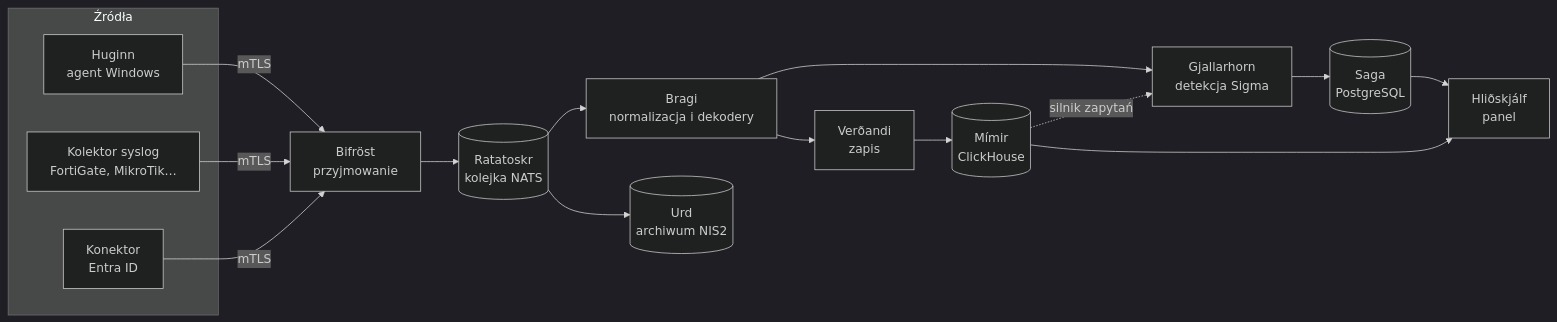
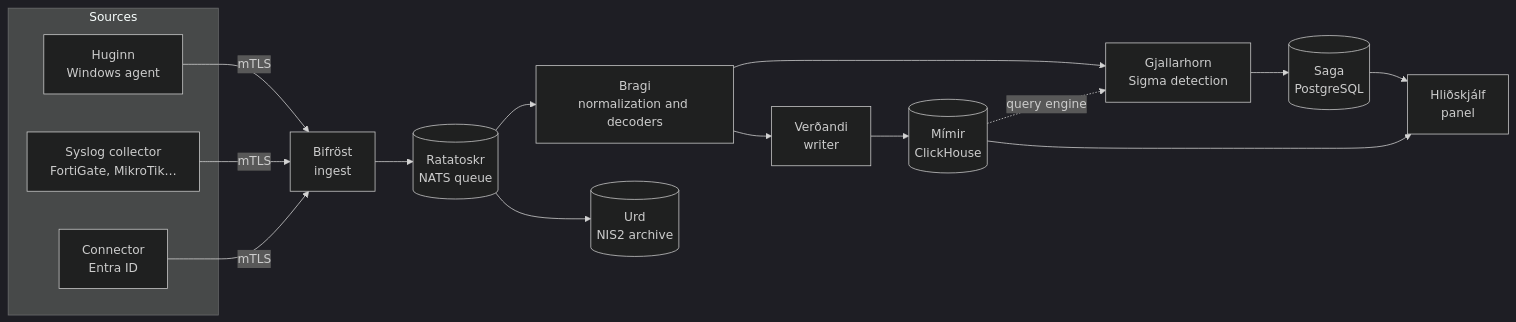
The diagram in README.md (Azujo/Vardr), drawn with Mermaid (dark theme) before and after one commit. The commit also changed other lines of this file and 353 other files, not shown here.

````diff
--- a/README.md
+++ b/README.md
@@ -59,18 +61,18 @@
 ```mermaid
 flowchart LR
-  subgraph Źródła
-    A["Huginn<br/>agent Windows"]
-    C["Kolektor syslog<br/>FortiGate, MikroTik…"]
-    E["Konektor<br/>Entra ID"]
+  subgraph Sources
+    A["Huginn<br/>Windows agent"]
+    C["Syslog collector<br/>FortiGate, MikroTik…"]
+    E["Connector<br/>Entra ID"]
   end
-  A & C & E -->|mTLS| I["Bifröst<br/>przyjmowanie"]
-  I --> Q[("Ratatoskr<br/>kolejka NATS")]
-  Q --> N["Bragi<br/>normalizacja i dekodery"]
-  N --> W["Verðandi<br/>zapis"] --> M[("Mímir<br/>ClickHouse")]
-  N --> G["Gjallarhorn<br/>detekcja Sigma"]
-  M -. silnik zapytań .-> G
-  Q --> U[("Urd<br/>archiwum NIS2")]
+  A & C & E -->|mTLS| I["Bifröst<br/>ingest"]
+  I --> Q[("Ratatoskr<br/>NATS queue")]
+  Q --> N["Bragi<br/>normalization and decoders"]
+  N --> W["Verðandi<br/>writer"] --> M[("Mímir<br/>ClickHouse")]
+  N --> G["Gjallarhorn<br/>Sigma detection"]
+  M -. query engine .-> G
+  Q --> U[("Urd<br/>NIS2 archive")]
   G --> S[("Saga<br/>PostgreSQL")]
   S --> P["Hliðskjálf<br/>panel"]
   M --> P
 ```
````
